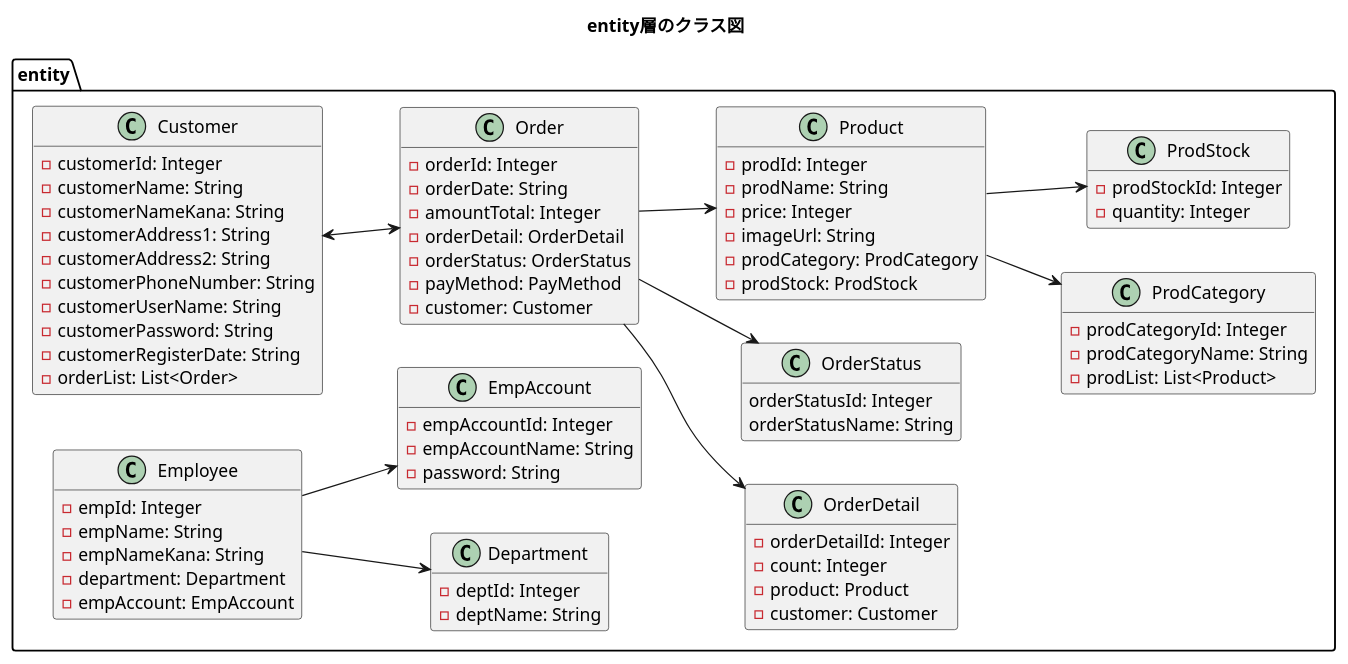
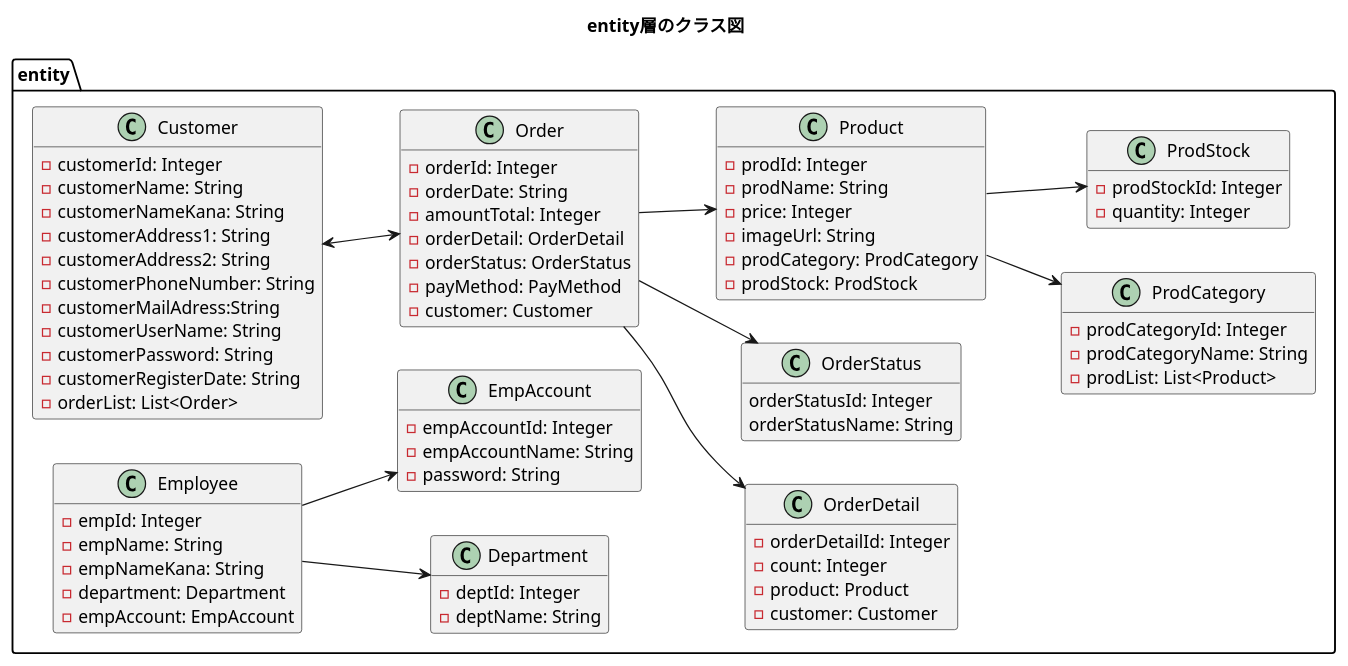
Before and after one commit to kanavii3333/ec-b: the diagram in plan/uml/class/entity.plantuml, drawn with PlantUML. The commit also changed 1 other file, not shown here.

Commit message:
form entityクラス図の修正

```diff
--- a/plan/uml/class/entity.plantuml
+++ b/plan/uml/class/entity.plantuml
@@ -1,90 +1,91 @@
 @startuml
 title entity層のクラス図
 hide empty members
 left to right direction
 
 package entity{
     class Customer{
         -customerId: Integer
         -customerName: String
         -customerNameKana: String
         -customerAddress1: String
         -customerAddress2: String
         -customerPhoneNumber: String
+        -customerMailAdress:String
         -customerUserName: String
         -customerPassword: String
         -customerRegisterDate: String
         -orderList: List<Order>
     }
 
     class Order{
         -orderId: Integer
         -orderDate: String
         -amountTotal: Integer
         -orderDetail: OrderDetail
         -orderStatus: OrderStatus
         -payMethod: PayMethod
         -customer: Customer
     }
 
     class OrderDetail{
         -orderDetailId: Integer
         -count: Integer
         -product: Product
         -customer: Customer
     }
 
     class OrderStatus{
         orderStatusId: Integer
         orderStatusName: String
     }
 
     class Product{
         -prodId: Integer
         -prodName: String
         -price: Integer
         -imageUrl: String
         -prodCategory: ProdCategory
         -prodStock: ProdStock
     }
 
     class ProdCategory{
         -prodCategoryId: Integer
         -prodCategoryName: String
         -prodList: List<Product>
     }
 
     class ProdStock{
         -prodStockId: Integer
         -quantity: Integer
     }
 
     class Employee{
         -empId: Integer
         -empName: String
         -empNameKana: String
         -department: Department
         -empAccount: EmpAccount
     }
 
     class Department{
         -deptId: Integer
         -deptName: String
     }
 
     class EmpAccount{
         -empAccountId: Integer
         -empAccountName: String
         -password: String
     }
 }
 
 Customer <--> Order
 Order --> OrderStatus
 Order --> OrderDetail
 Order --> Product
 Product --> ProdStock
 Product --> ProdCategory
 Employee --> EmpAccount
 Employee --> Department
 @enduml
```
